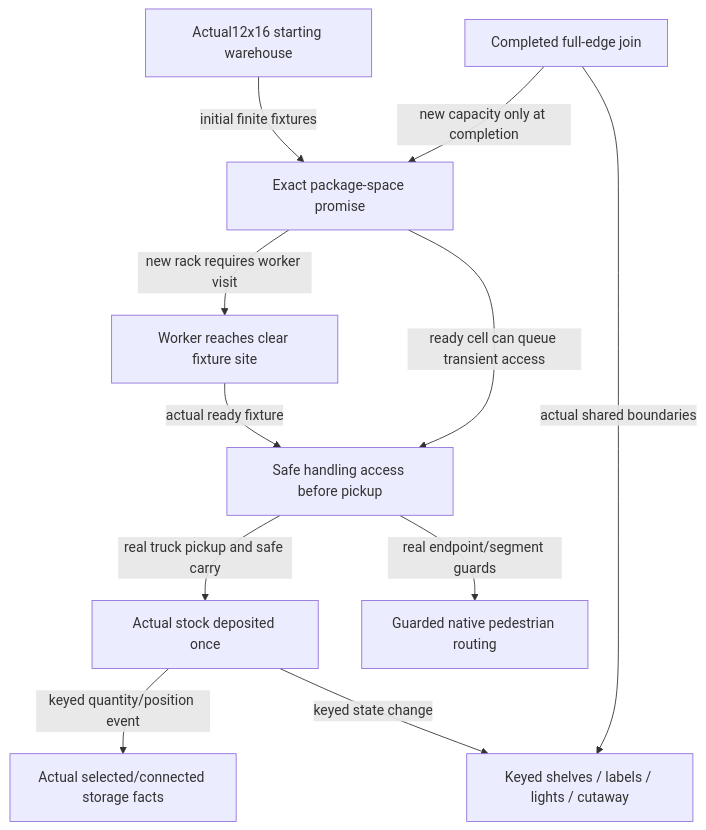
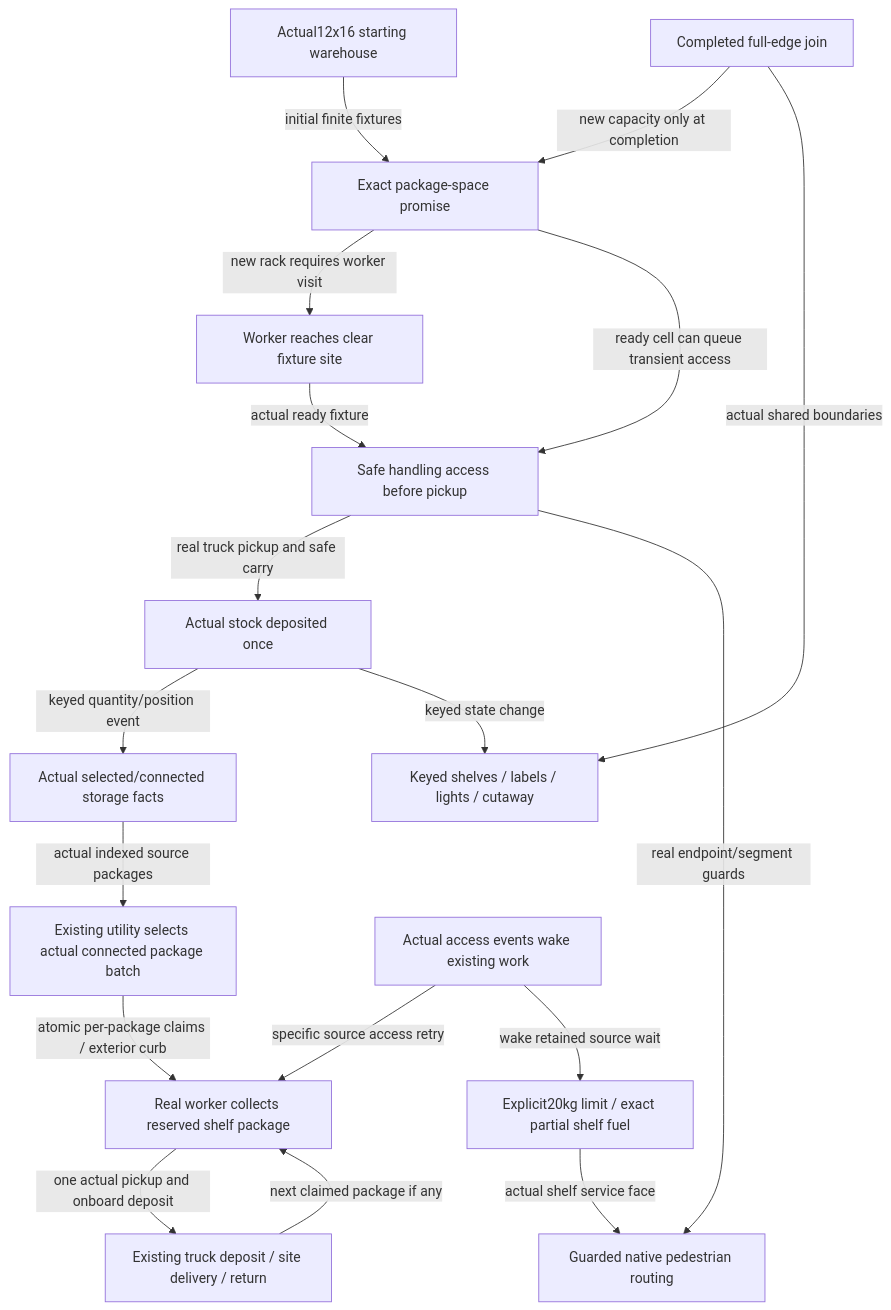
One commit to TheInfinityIQ/Trencho_V4 changed diagram 51 of 51 in docs/system_atlas.md. Above: the diagram before and after it, drawn with Mermaid. The commit also changed other lines of this file and 25 other files, not shown here.

````diff
--- a/docs/system_atlas.md
+++ b/docs/system_atlas.md
@@ -1619,22 +1619,34 @@
 ```mermaid
 flowchart TD
     opening["Actual12x16 starting warehouse"]
     reserve["Exact package-space promise"]
     prepare["Worker reaches clear fixture site"]
     access["Safe handling access before pickup"]
     commit["Actual stock deposited once"]
     join["Completed full-edge join"]
     view["Keyed shelves / labels / lights / cutaway"]
     routes["Guarded native pedestrian routing"]
     summary["Actual selected/connected storage facts"]
+    batch["Existing utility selects actual connected package batch"]
+    load["Real worker collects reserved shelf package"]
+    handoff["Existing truck deposit / site delivery / return"]
+    fuel["Explicit20kg limit / exact partial shelf fuel"]
+    wake["Actual access events wake existing work"]
     opening -->|"initial finite fixtures"| reserve
     reserve -->|"new rack requires worker visit"| prepare
     prepare -->|"actual ready fixture"| access
     reserve -->|"ready cell can queue transient access"| access
     access -->|"real truck pickup and safe carry"| commit
     commit -->|"keyed quantity/position event"| summary
     join -->|"new capacity only at completion"| reserve
     commit -->|"keyed state change"| view
     join -->|"actual shared boundaries"| view
     access -->|"real endpoint/segment guards"| routes
+    summary -->|"actual indexed source packages"| batch
+    batch -->|"atomic per-package claims / exterior curb"| load
+    load -->|"one actual pickup and onboard deposit"| handoff
+    handoff -->|"next claimed package if any"| load
+    wake -->|"specific source access retry"| load
+    wake -->|"wake retained source wait"| fuel
+    fuel -->|"actual shelf service face"| routes
 ```
````
